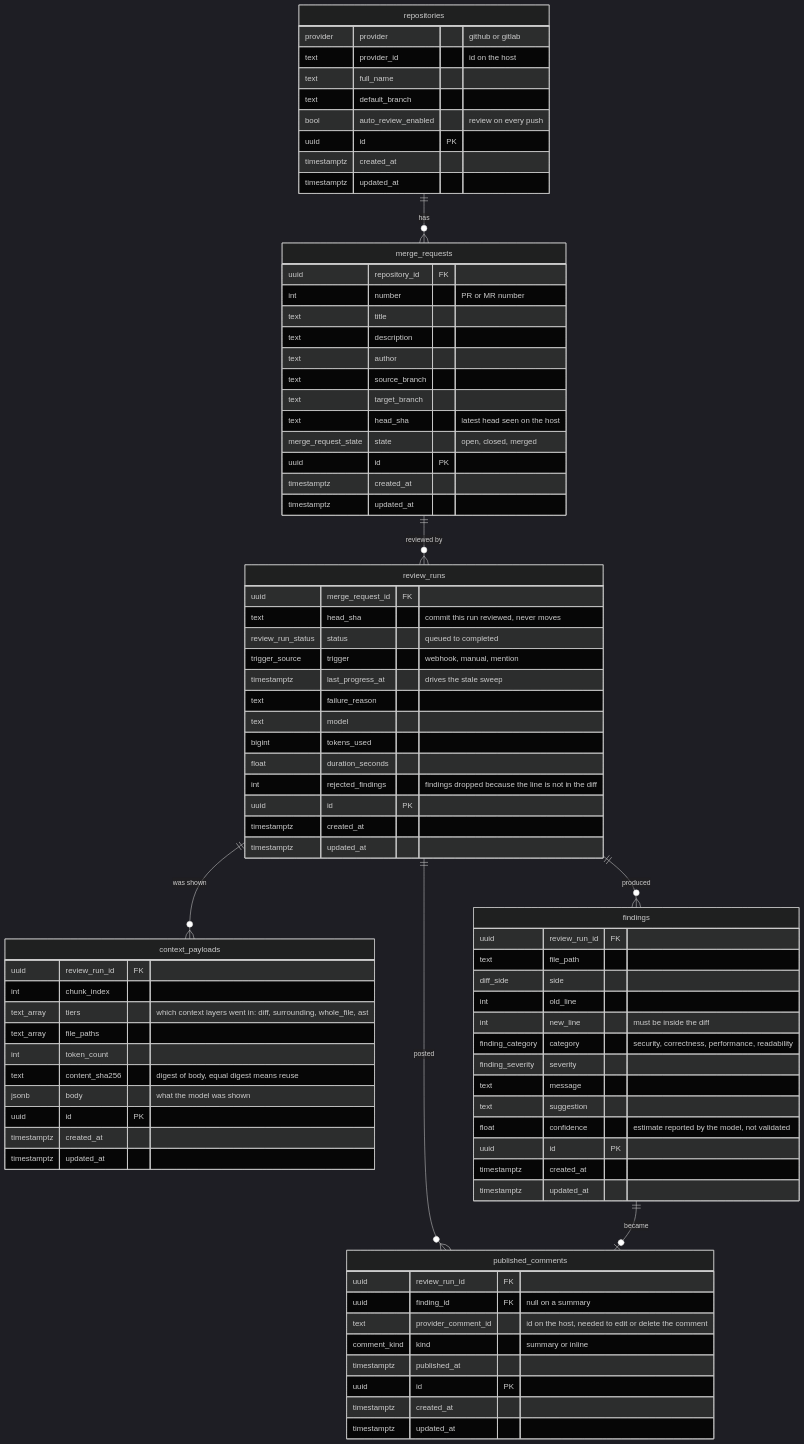
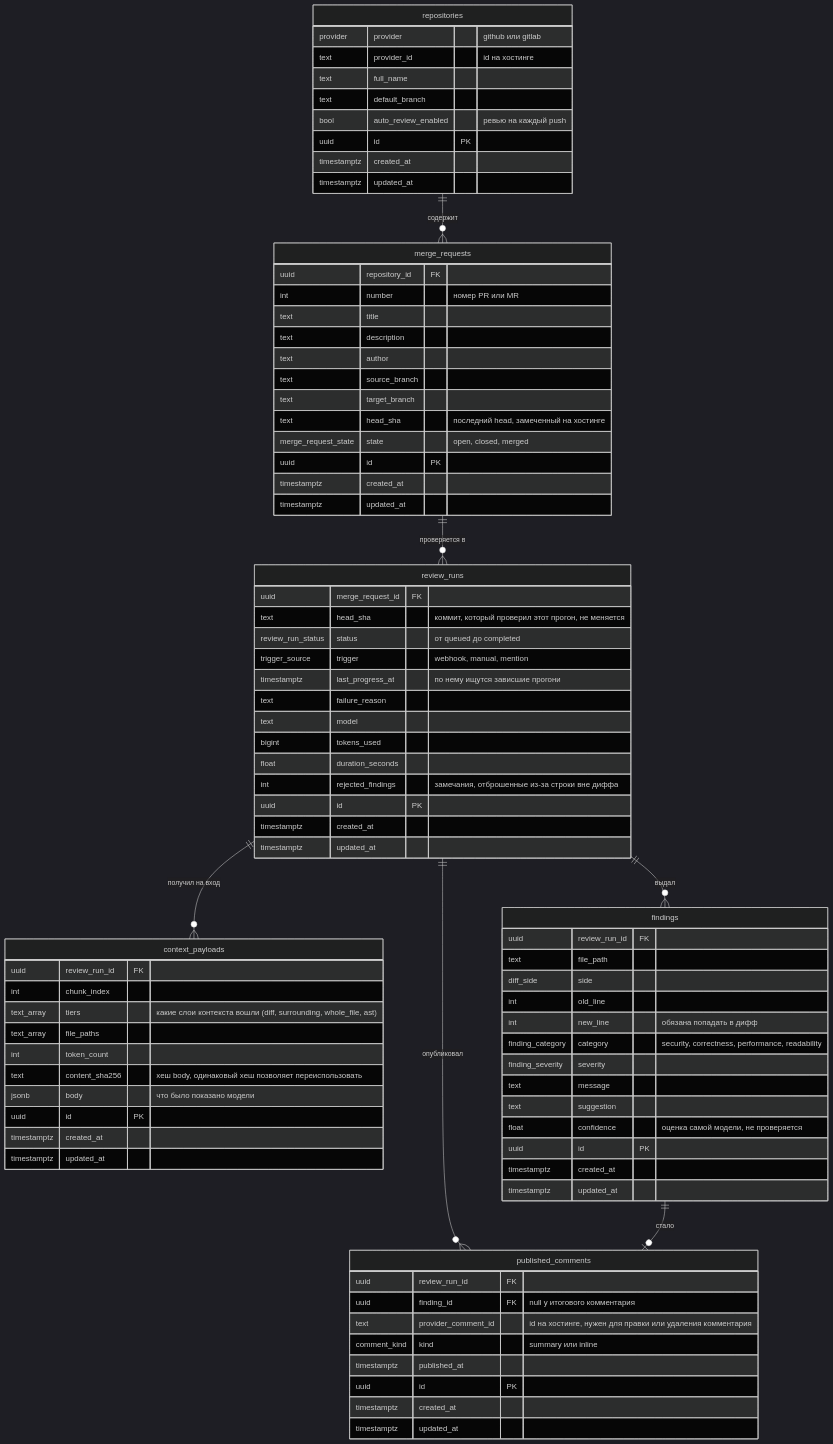
The diagram in docs/erd.md (larchanka-training/dmc-268-api-t1), drawn with Mermaid (dark theme) before and after one commit. The commit also changed other lines of this file and 7 other files, not shown here.

````diff
--- a/docs/erd.md
+++ b/docs/erd.md
@@ -11,31 +11,31 @@
 ```mermaid
 erDiagram
-    repositories ||--o{ merge_requests : "has"
-    merge_requests ||--o{ review_runs : "reviewed by"
-    review_runs ||--o{ context_payloads : "was shown"
-    review_runs ||--o{ findings : "produced"
-    review_runs ||--o{ published_comments : "posted"
-    findings ||--o| published_comments : "became"
+    repositories ||--o{ merge_requests : "содержит"
+    merge_requests ||--o{ review_runs : "проверяется в"
+    review_runs ||--o{ context_payloads : "получил на вход"
+    review_runs ||--o{ findings : "выдал"
+    review_runs ||--o{ published_comments : "опубликовал"
+    findings ||--o| published_comments : "стало"
 
     repositories {
-        provider provider "github or gitlab"
-        text provider_id "id on the host"
+        provider provider "github или gitlab"
+        text provider_id "id на хостинге"
         text full_name
         text default_branch
-        bool auto_review_enabled "review on every push"
+        bool auto_review_enabled "ревью на каждый push"
         uuid id PK
         timestamptz created_at
         timestamptz updated_at
     }
     merge_requests {
         uuid repository_id FK
-        int number "PR or MR number"
+        int number "номер PR или MR"
         text title
         text description
         text author
         text source_branch
         text target_branch
-        text head_sha "latest head seen on the host"
+        text head_sha "последний head, замеченный на хостинге"
         merge_request_state state "open, closed, merged"
         uuid id PK
         timestamptz created_at
@@ -43,15 +43,15 @@
     }
     review_runs {
         uuid merge_request_id FK
-        text head_sha "commit this run reviewed, never moves"
-        review_run_status status "queued to completed"
+        text head_sha "коммит, который проверил этот прогон, не меняется"
+        review_run_status status "от queued до completed"
         trigger_source trigger "webhook, manual, mention"
-        timestamptz last_progress_at "drives the stale sweep"
+        timestamptz last_progress_at "по нему ищутся зависшие прогони"
         text failure_reason
         text model
         bigint tokens_used
         float duration_seconds
-        int rejected_findings "findings dropped because the line is not in the diff"
+        int rejected_findings "замечания, отброшенные из-за строки вне диффа"
         uuid id PK
         timestamptz created_at
         timestamptz updated_at
@@ -59,11 +59,11 @@
     context_payloads {
         uuid review_run_id FK
         int chunk_index
-        text_array tiers "which context layers went in: diff, surrounding, whole_file, ast"
+        text_array tiers "какие слои контекста вошли (diff, surrounding, whole_file, ast)"
         text_array file_paths
         int token_count
-        text content_sha256 "digest of body, equal digest means reuse"
-        jsonb body "what the model was shown"
+        text content_sha256 "хеш body, одинаковый хеш позволяет переиспользовать"
+        jsonb body "что было показано модели"
         uuid id PK
         timestamptz created_at
         timestamptz updated_at
@@ -73,21 +73,21 @@
         text file_path
         diff_side side
         int old_line
-        int new_line "must be inside the diff"
+        int new_line "обязана попадать в дифф"
         finding_category category "security, correctness, performance, readability"
         finding_severity severity
         text message
         text suggestion
-        float confidence "estimate reported by the model, not validated"
+        float confidence "оценка самой модели, не проверяется"
         uuid id PK
         timestamptz created_at
         timestamptz updated_at
     }
     published_comments {
         uuid review_run_id FK
-        uuid finding_id FK "null on a summary"
-        text provider_comment_id "id on the host, needed to edit or delete the comment"
-        comment_kind kind "summary or inline"
+        uuid finding_id FK "null у итогового комментария"
+        text provider_comment_id "id на хостинге, нужен для правки или удаления комментария"
+        comment_kind kind "summary или inline"
         timestamptz published_at
         uuid id PK
         timestamptz created_at
````
